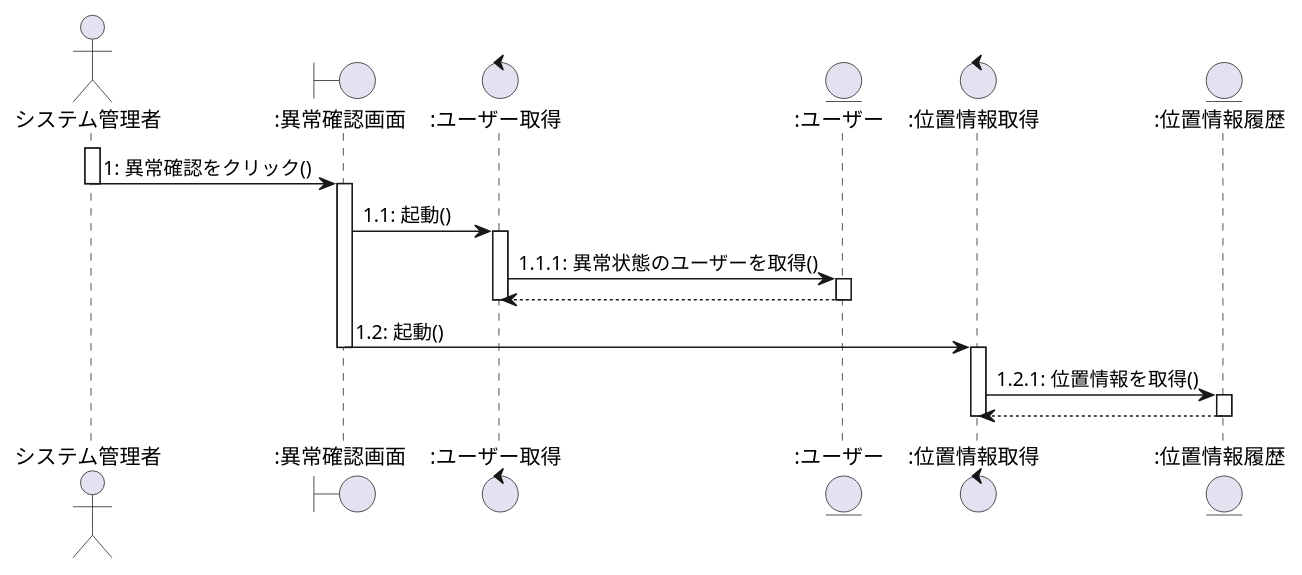
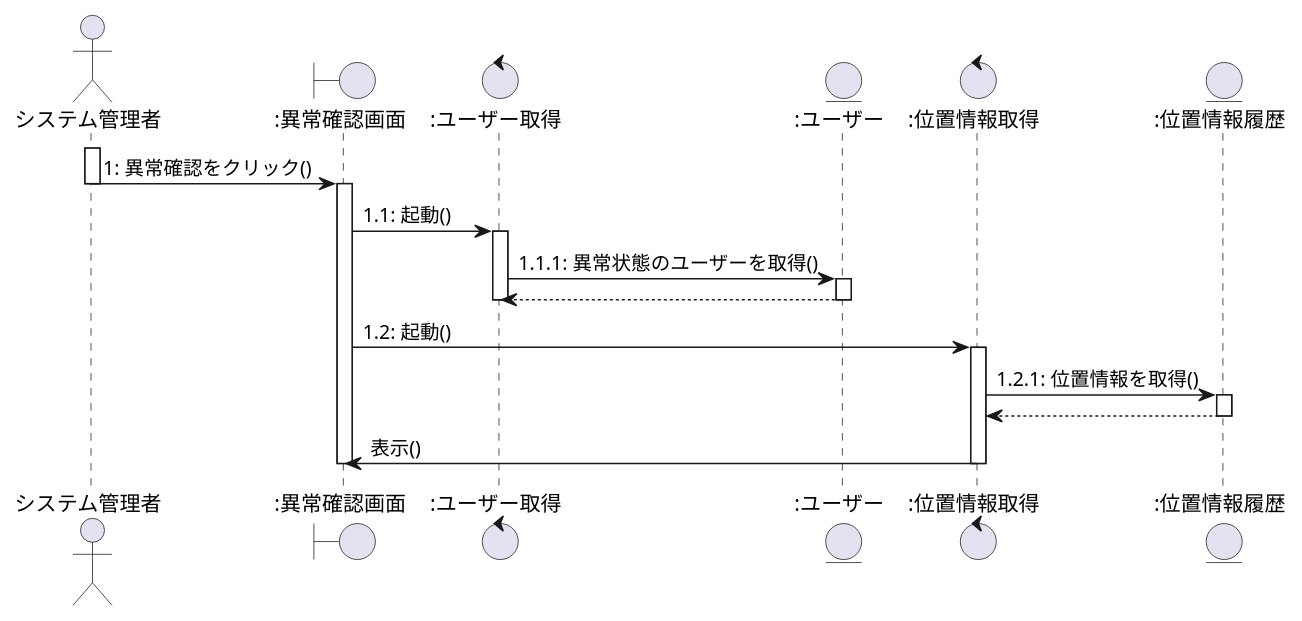
The seventh of 7 diagrams in System.plantuml (ksw2270227/GroupF), drawn with PlantUML before and after one commit. The commit also changed other lines of this file, not shown here.

```diff
--- a/System.plantuml
+++ b/System.plantuml
@@ -344,31 +350,34 @@
 @startuml ユーザー異常確認
 
 actor システム管理者 as 0
 Boundary ":異常確認画面" as a
 Control ":ユーザー取得" as b
 Entity ":ユーザー" as c
 Control ":位置情報取得" as d
 Entity ":位置情報履歴" as e
 
 activate 0
     0 -> a :1: 異常確認をクリック()
 deactivate 0
 activate a
     a -> b :1.1: 起動()
 activate b
     b -> c :1.1.1: 異常状態のユーザーを取得()
 activate c
     b <-- c
 deactivate c
 deactivate b
 
     a -> d :1.2: 起動()
-deactivate a
 activate d 
     d -> e :1.2.1: 位置情報を取得()
 activate e
     d <-- e
+deactivate e
+    d -> a :表示()
 deactivate d
-deactivate e
+deactivate a
+
+
 
 @enduml
```
